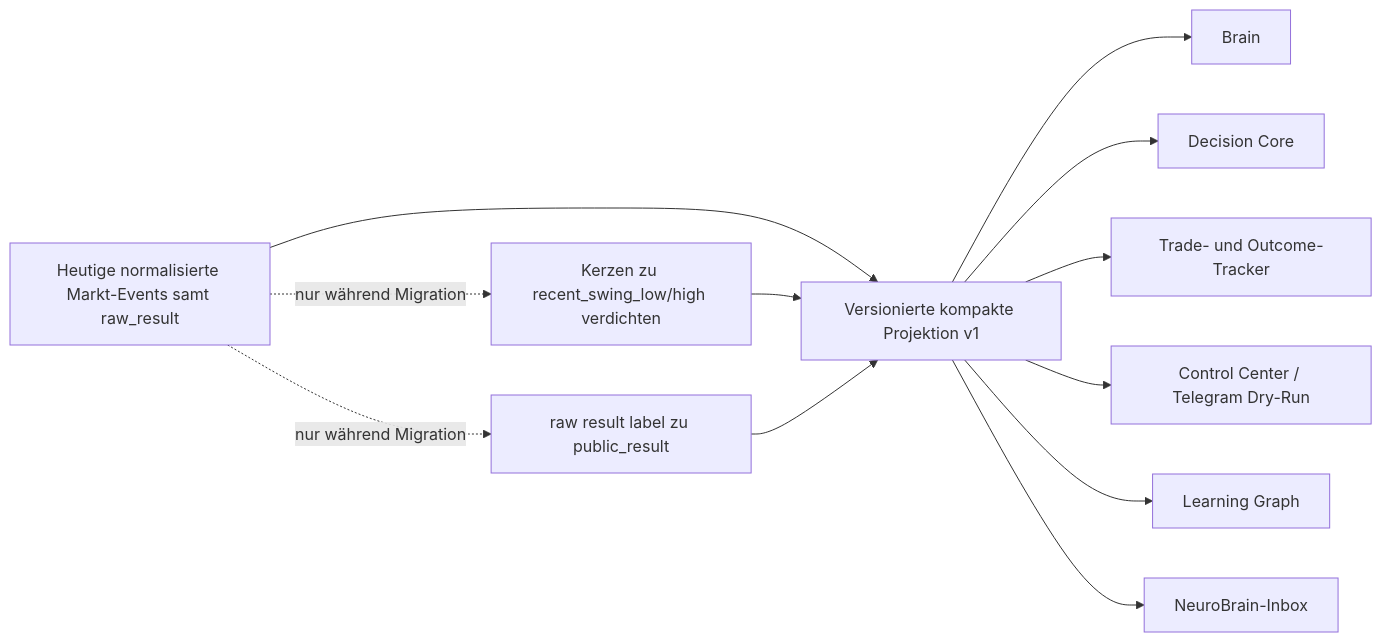
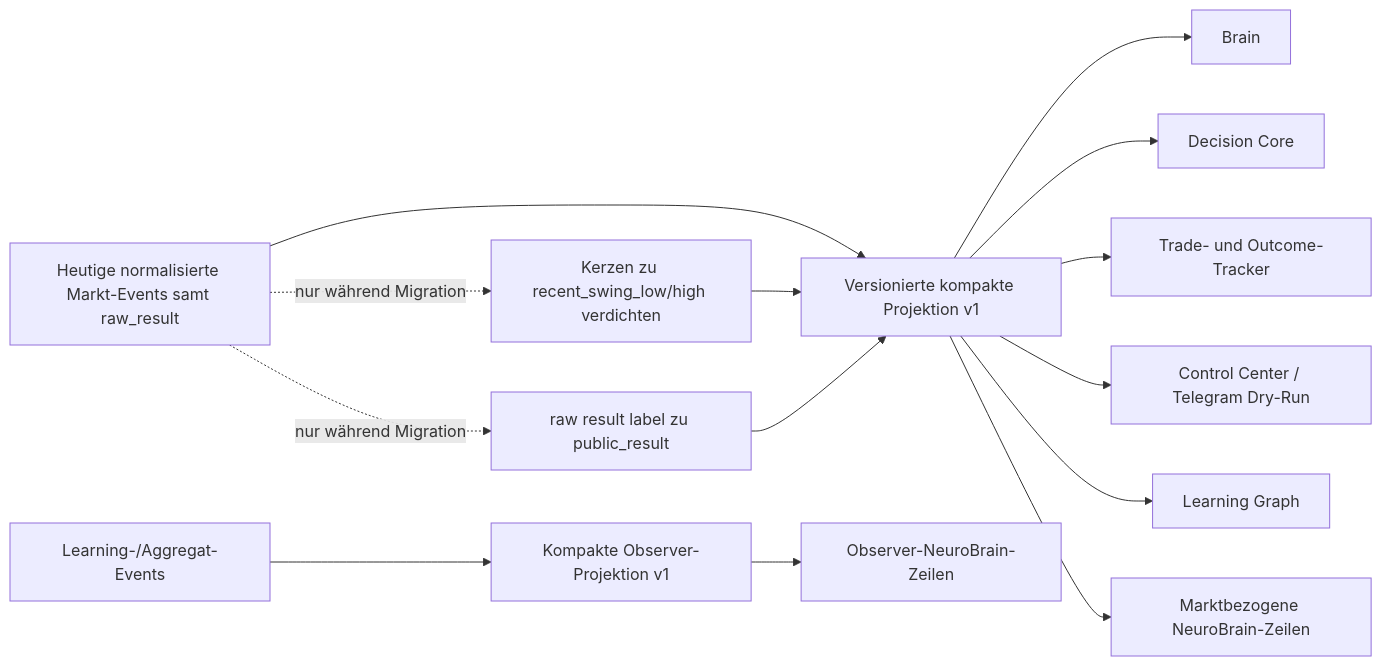
The fifth of 6 diagrams in docs/ARCHITECTURE.md (cRioshy/Pando), drawn with Mermaid before and after one commit. The commit also changed other lines of this file and 9 other files, not shown here.

Commit message:
Fix NeuroBrain observer event schema

````diff
--- a/docs/ARCHITECTURE.md
+++ b/docs/ARCHITECTURE.md
@@ -170,14 +173,16 @@
 ```mermaid
 flowchart LR
     LEGACY["Heutige normalisierte Markt-Events samt raw_result"] --> PROJECT["Versionierte kompakte Projektion v1"]
     PROJECT --> BRAIN["Brain"]
     PROJECT --> DECISION["Decision Core"]
     PROJECT --> TRACKERS["Trade- und Outcome-Tracker"]
     PROJECT --> UI["Control Center / Telegram Dry-Run"]
     PROJECT --> LEARNING["Learning Graph"]
-    PROJECT --> NEURO["NeuroBrain-Inbox"]
+    PROJECT --> NEURO["Marktbezogene NeuroBrain-Zeilen"]
+    OBSERVER["Learning-/Aggregat-Events"] --> OPROJECT["Kompakte Observer-Projektion v1"]
+    OPROJECT --> NEUROOBS["Observer-NeuroBrain-Zeilen"]
     LEGACY -. "nur während Migration" .-> SWING["Kerzen zu recent_swing_low/high verdichten"]
     LEGACY -. "nur während Migration" .-> RESULT["raw result label zu public_result"]
     SWING --> PROJECT
     RESULT --> PROJECT
 ```
````
